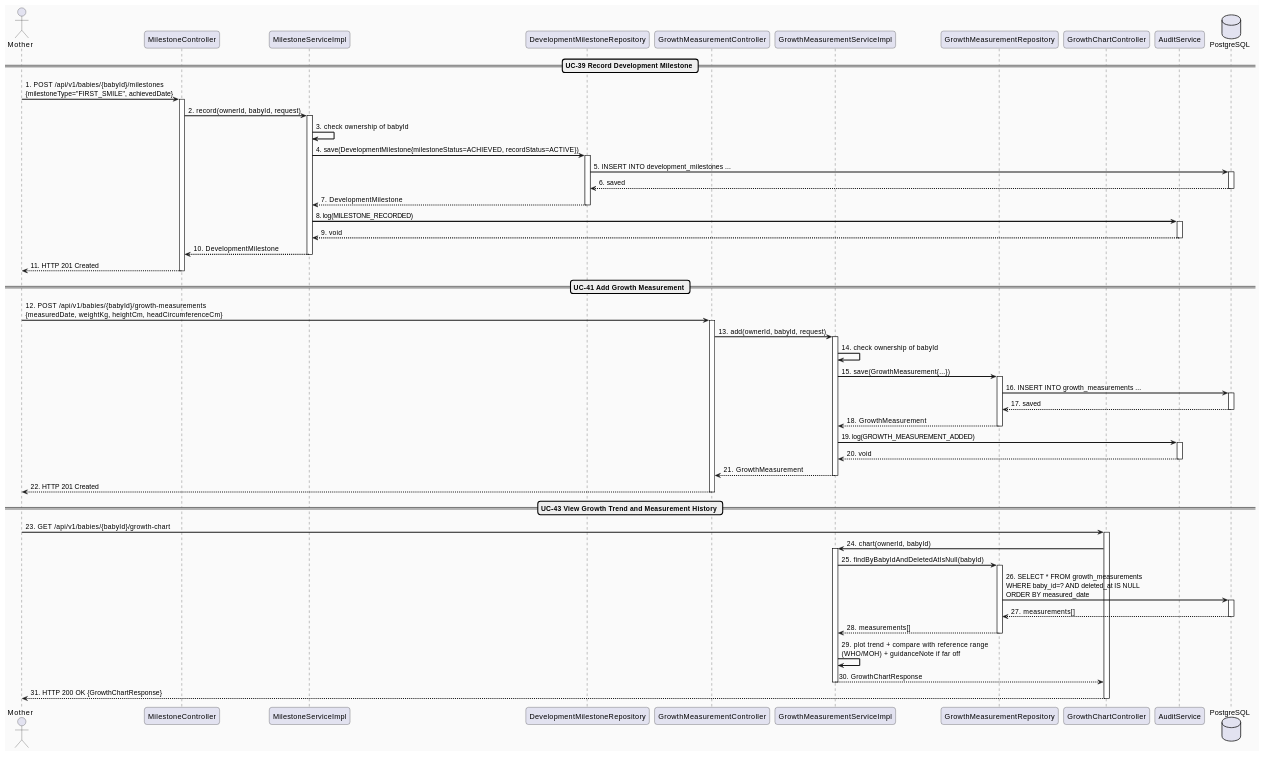
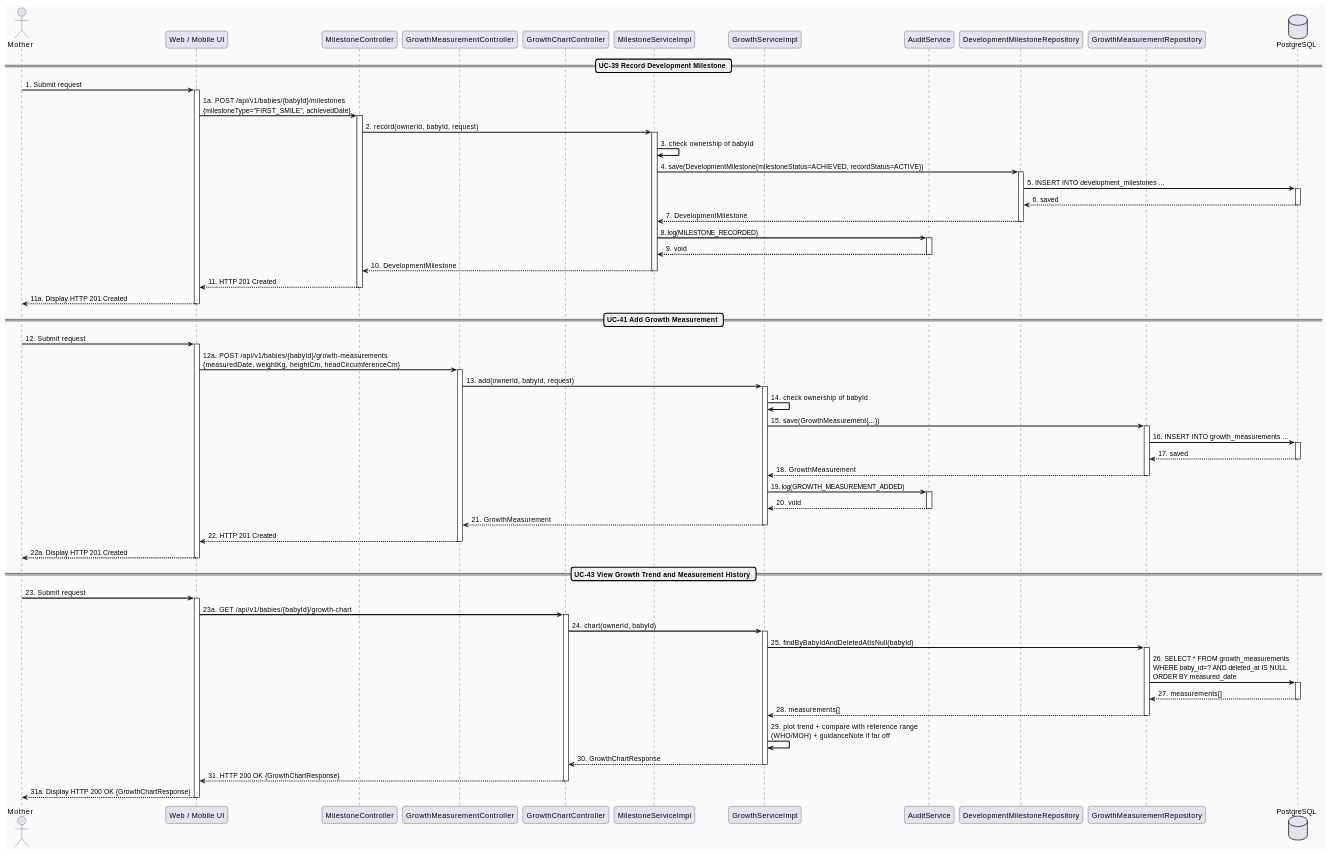
The second of 2 diagrams in docs/Detailed_Design/MF03_Baby_Care_Growth_Vaccination/02_Growth_Development_Tracking.md (ChuongBDHE172784/CareBridge_SEP490_G79), drawn with PlantUML before and after one commit. The commit also changed other lines of this file and 97 other files, not shown here.

Commit message:
docs: update detailed design documentation with new diagrams and restructured module files.

````diff
--- a/docs/Detailed_Design/MF03_Baby_Care_Growth_Vaccination/02_Growth_Development_Tracking.md
+++ b/docs/Detailed_Design/MF03_Baby_Care_Growth_Vaccination/02_Growth_Development_Tracking.md
@@ -126,18 +127,21 @@
 skinparam backgroundColor #FAFAFA
 
 actor "Mother" as M
+participant "Web / Mobile UI" as UI
 participant "MilestoneController" as MilestoneController
+participant "GrowthMeasurementController" as GrowthController
+participant "GrowthChartController" as ChartController
 participant "MilestoneServiceImpl" as MilestoneService
+participant "GrowthServiceImpl" as GrowthService
+participant "AuditService" as Audit
 participant "DevelopmentMilestoneRepository" as MilestoneRepo
-participant "GrowthMeasurementController" as GrowthController
-participant "GrowthMeasurementServiceImpl" as GrowthService
 participant "GrowthMeasurementRepository" as GrowthRepo
-participant "GrowthChartController" as ChartController
-participant "AuditService" as Audit
 database "PostgreSQL" as DB
 
 == UC-39 Record Development Milestone ==
-M -> MilestoneController : 1. POST /api/v1/babies/{babyId}/milestones\n{milestoneType="FIRST_SMILE", achievedDate}
+M -> UI : 1. Submit request
+activate UI
+UI -> MilestoneController : 1a. POST /api/v1/babies/{babyId}/milestones\n{milestoneType="FIRST_SMILE", achievedDate}
 activate MilestoneController
 MilestoneController -> MilestoneService : 2. record(ownerId, babyId, request)
 activate MilestoneService
@@ -156,11 +160,15 @@
 deactivate Audit
 MilestoneService --> MilestoneController : 10. DevelopmentMilestone
 deactivate MilestoneService
-MilestoneController --> M : 11. HTTP 201 Created
+MilestoneController --> UI : 11. HTTP 201 Created
 deactivate MilestoneController
+UI --> M : 11a. Display HTTP 201 Created
+deactivate UI
 
 == UC-41 Add Growth Measurement ==
-M -> GrowthController : 12. POST /api/v1/babies/{babyId}/growth-measurements\n{measuredDate, weightKg, heightCm, headCircumferenceCm}
+M -> UI : 12. Submit request
+activate UI
+UI -> GrowthController : 12a. POST /api/v1/babies/{babyId}/growth-measurements\n{measuredDate, weightKg, heightCm, headCircumferenceCm}
 activate GrowthController
 GrowthController -> GrowthService : 13. add(ownerId, babyId, request)
 activate GrowthService
@@ -179,11 +187,15 @@
 deactivate Audit
 GrowthService --> GrowthController : 21. GrowthMeasurement
 deactivate GrowthService
-GrowthController --> M : 22. HTTP 201 Created
+GrowthController --> UI : 22. HTTP 201 Created
 deactivate GrowthController
+UI --> M : 22a. Display HTTP 201 Created
+deactivate UI
 
 == UC-43 View Growth Trend and Measurement History ==
-M -> ChartController : 23. GET /api/v1/babies/{babyId}/growth-chart
+M -> UI : 23. Submit request
+activate UI
+UI -> ChartController : 23a. GET /api/v1/babies/{babyId}/growth-chart
 activate ChartController
 ChartController -> GrowthService : 24. chart(ownerId, babyId)
 activate GrowthService
@@ -198,8 +210,10 @@
 GrowthService -> GrowthService : 29. plot trend + compare with reference range\n(WHO/MOH) + guidanceNote if far off
 GrowthService --> ChartController : 30. GrowthChartResponse
 deactivate GrowthService
-ChartController --> M : 31. HTTP 200 OK {GrowthChartResponse}
+ChartController --> UI : 31. HTTP 200 OK {GrowthChartResponse}
 deactivate ChartController
+UI --> M : 31a. Display HTTP 200 OK {GrowthChartResponse}
+deactivate UI
 
 @enduml
 ```
````
